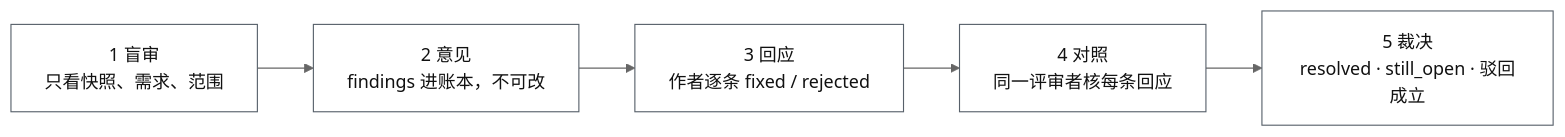
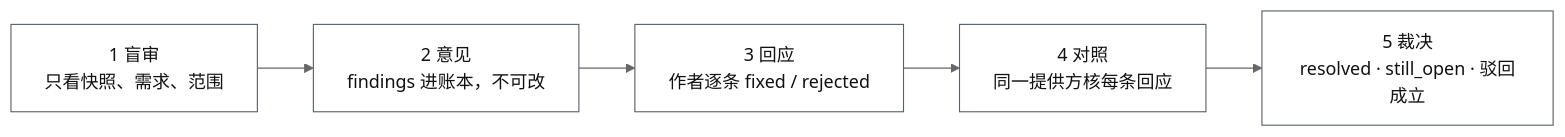
One commit to fengjiachun/review-bridge changed the second of 4 diagrams in docs/overview.zh.md. Above: the diagram before and after it, drawn with Mermaid (neutral theme). The commit also changed other lines of this file and 1 other file, not shown here.

````diff
--- a/docs/overview.zh.md
+++ b/docs/overview.zh.md
@@ -87,9 +87,9 @@
 ```mermaid
 flowchart LR
   A["1 盲审<br/>只看快照、需求、范围"] --> B["2 意见<br/>findings 进账本，不可改"]
   B --> C["3 回应<br/>作者逐条 fixed / rejected"]
-  C --> D["4 对照<br/>同一评审者核每条回应"]
+  C --> D["4 对照<br/>同一提供方核每条回应"]
   D --> E["5 裁决<br/>resolved · still_open · 驳回成立"]
   classDef n fill:#ffffff,stroke:#57606a,stroke-width:1px,color:#111111;
   class A,B,C,D,E n;
 ```
````
